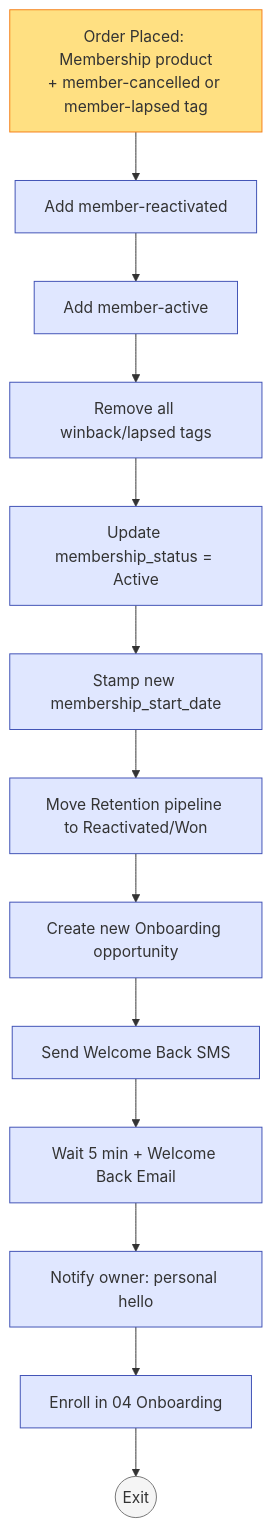
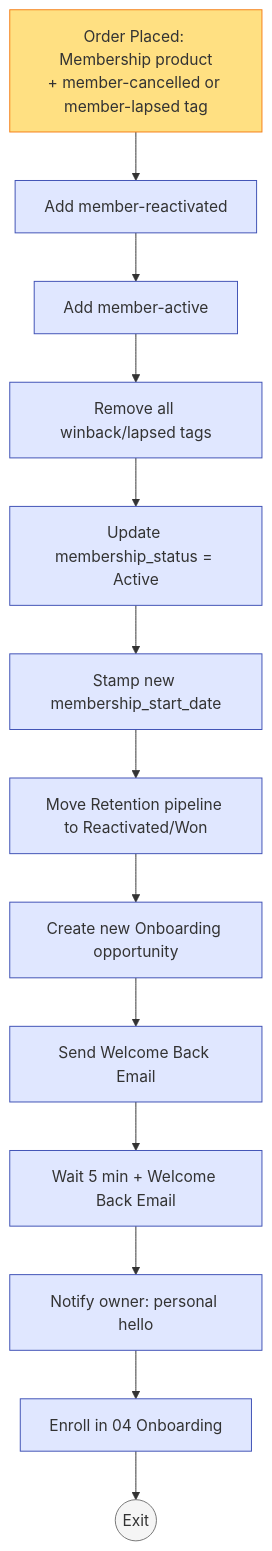
Before and after one commit to safeer-maker/GoHighLevel: the fourth of 4 diagrams in client-demo/sunrise-wellness-studio/problems/09-win-back-lapsed-members/assets/workflow.md, drawn with Mermaid. The commit also changed other lines of this file and 50 other files, not shown here.

````diff
--- a/client-demo/sunrise-wellness-studio/problems/09-win-back-lapsed-members/assets/workflow.md
+++ b/client-demo/sunrise-wellness-studio/problems/09-win-back-lapsed-members/assets/workflow.md
@@ -626,24 +626,24 @@
 ```mermaid
 graph TD
     T[Order Placed: Membership product<br/>+ member-cancelled or member-lapsed tag] --> A1[Add member-reactivated]
     A1 --> A2[Add member-active]
     A2 --> A3[Remove all winback/lapsed tags]
     A3 --> A4[Update membership_status = Active]
     A4 --> A5[Stamp new membership_start_date]
     A5 --> A6[Move Retention pipeline to Reactivated/Won]
     A6 --> A7[Create new Onboarding opportunity]
-    A7 --> A8[Send Welcome Back SMS]
+    A7 --> A8[Send Welcome Back Email]
     A8 --> A9[Wait 5 min + Welcome Back Email]
     A9 --> A10[Notify owner: personal hello]
     A10 --> A11[Enroll in 04 Onboarding]
     A11 --> EX((Exit))
 
     classDef trigger fill:#FFE082,stroke:#F57F17
     classDef action fill:#E0E7FF,stroke:#3F51B5
     classDef recovery fill:#D4F4DD,stroke:#2E7D32
     classDef exit fill:#F5F5F5,stroke:#757575
 
     class T trigger
     class A1,A2,A3,A4,A5,A6,A7,A8,A9,A10,A11 action
     class EX exit
 ```
````
